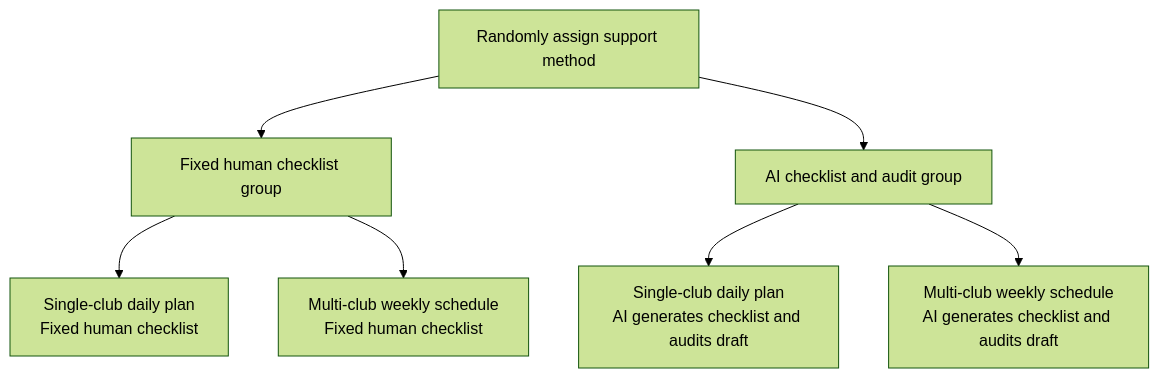
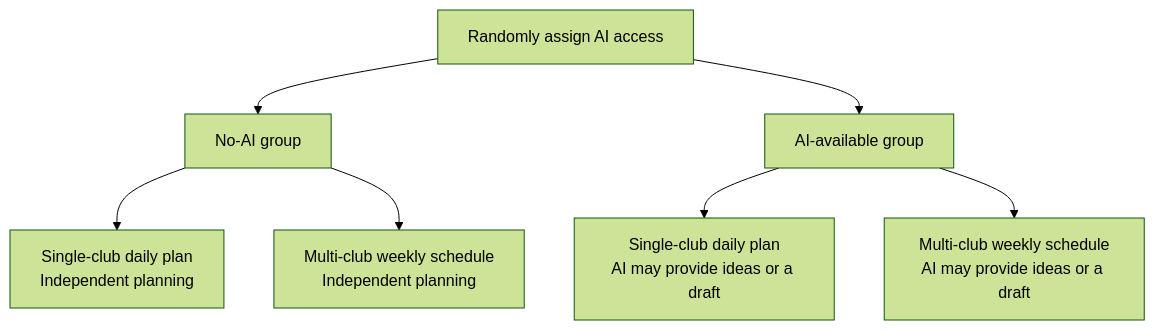
The first of 4 diagrams in README.md (coco123-123/ADS401.G.github.io), drawn with Mermaid (forest theme) before and after one commit. The commit also changed other lines of this file, not shown here.

````diff
--- a/README.md
+++ b/README.md
@@ -334,11 +343,11 @@
 ```mermaid
 graph TD
-    A[Randomly assign support method] --> B[Fixed human checklist group]
-    A --> C[AI checklist and audit group]
+    A[Randomly assign AI access] --> B[No-AI group]
+    A --> C[AI-available group]
 
-    B --> D1[Single-club daily plan<br/>Fixed human checklist]
-    B --> D2[Multi-club weekly schedule<br/>Fixed human checklist]
+    B --> D1[Single-club daily plan<br/>Independent planning]
+    B --> D2[Multi-club weekly schedule<br/>Independent planning]
 
-    C --> E1[Single-club daily plan<br/>AI generates checklist and audits draft]
-    C --> E2[Multi-club weekly schedule<br/>AI generates checklist and audits draft]
+    C --> E1[Single-club daily plan<br/>AI may provide ideas or a draft]
+    C --> E2[Multi-club weekly schedule<br/>AI may provide ideas or a draft]
 ```
````
